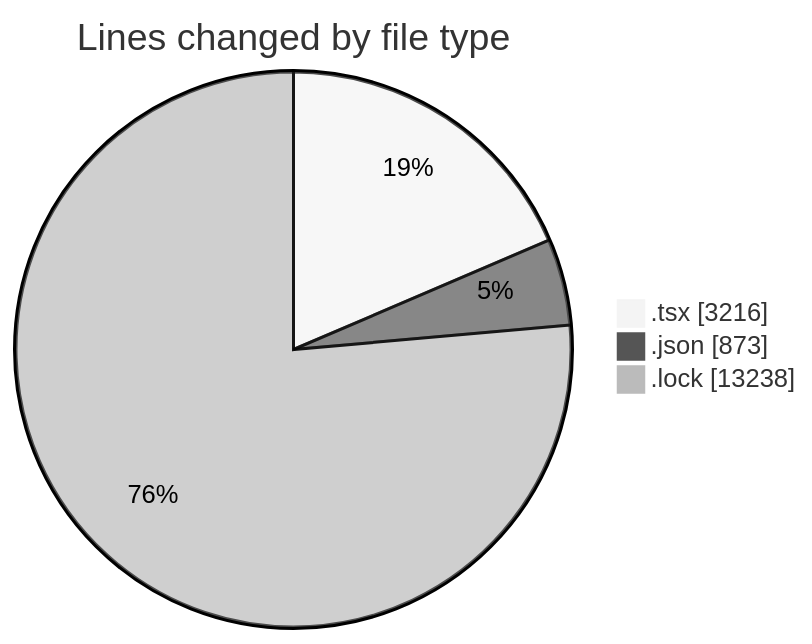
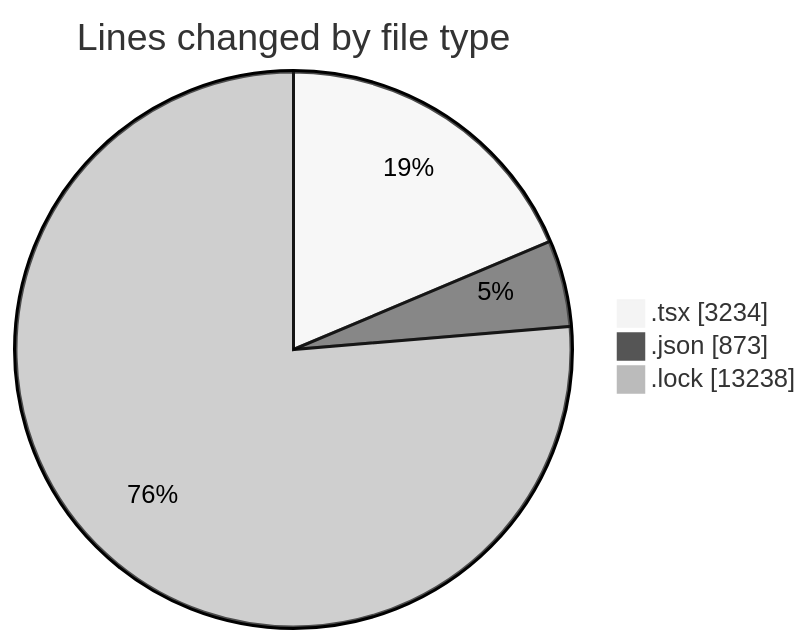
The first of 2 diagrams in 2026-01-09/cda/README.md (momahboobian/code-tracking), drawn with Mermaid (neutral theme) before and after one commit. The commit also changed other lines of this file and 1 other file, not shown here.

````diff
--- a/2026-01-09/cda/README.md
+++ b/2026-01-09/cda/README.md
@@ -26,7 +26,7 @@
 ```mermaid
 pie showData
 title Lines changed by file type
-".tsx" : 3216
+".tsx" : 3234
 ".json" : 873
 ".lock" : 13238
 ```
````
